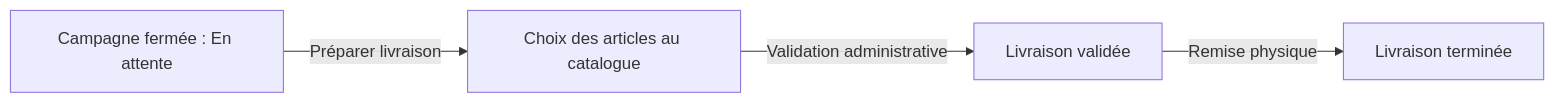
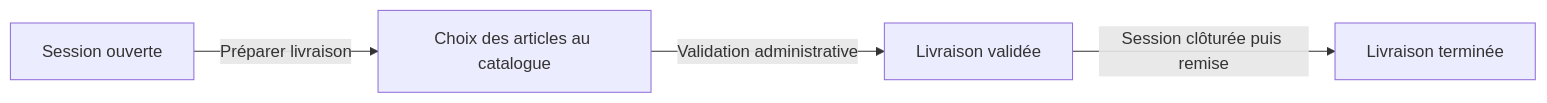
The diagram in user-guide/docs/commercial/tontine.md (AQUILA04/ELYKIA), drawn with Mermaid before and after one commit. The commit also changed other lines of this file and 28 other files, not shown here.

First line of the commit message:
feat(tontine): commande pendant session ouverte, remise après clôture

````diff
--- a/user-guide/docs/commercial/tontine.md
+++ b/user-guide/docs/commercial/tontine.md
@@ -158,6 +158,6 @@
 ```mermaid
 flowchart LR
-    A[Campagne fermée : En attente] -->|Préparer livraison| B[Choix des articles au catalogue]
+    A[Session ouverte] -->|Préparer livraison| B[Choix des articles au catalogue]
     B -->|Validation administrative| C[Livraison validée]
-    C -->|Remise physique| D[Livraison terminée]
+    C -->|Session clôturée puis remise| D[Livraison terminée]
 ```
````
